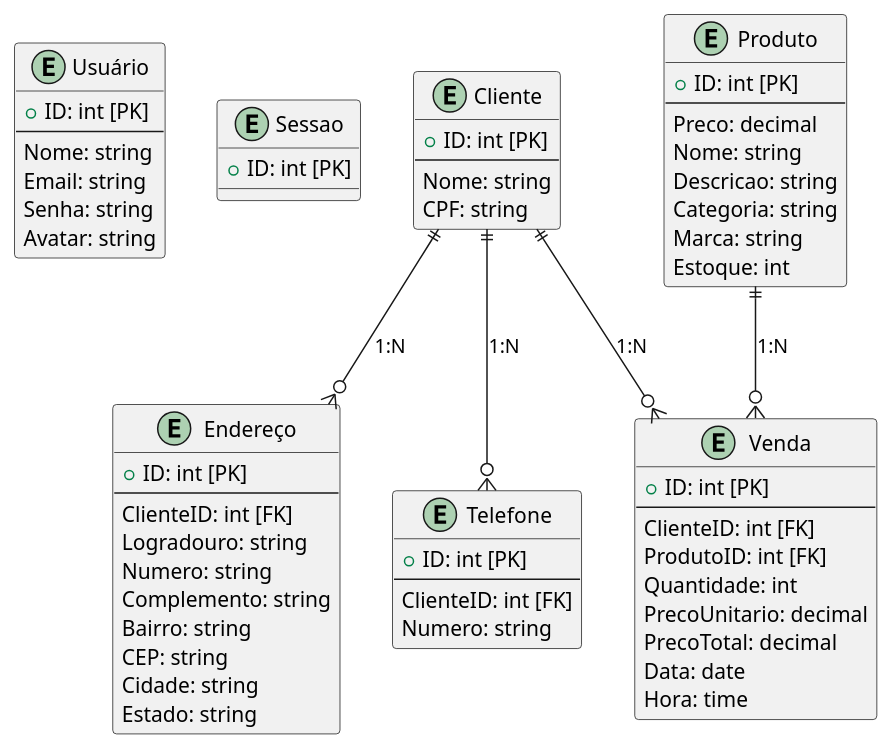
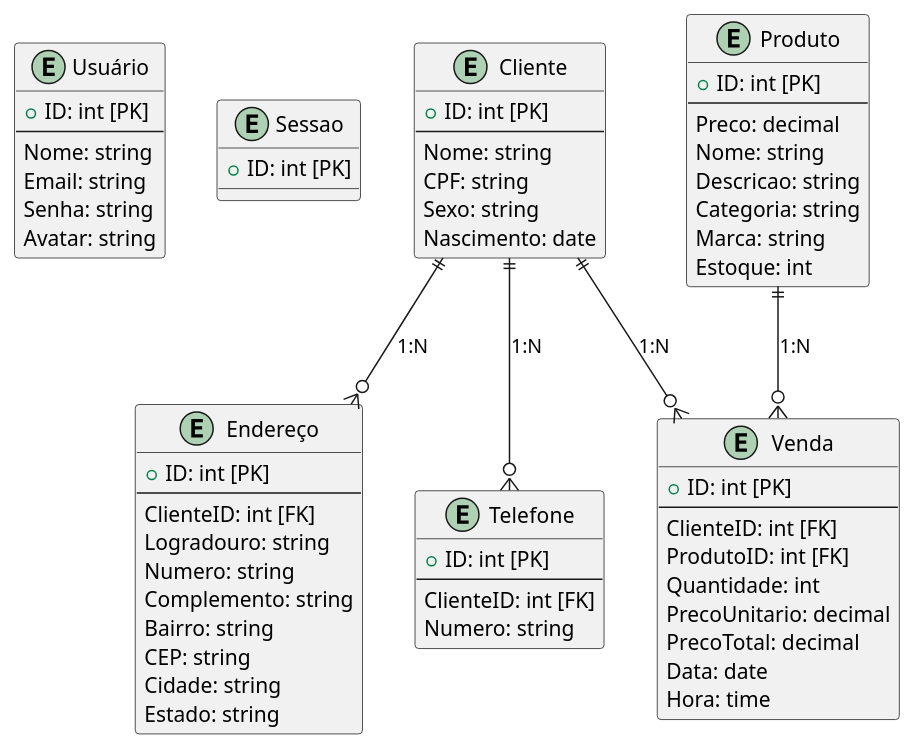
One commit to andreresende36/comercial-api changed the diagram in ER-diagram.plantuml. Above: the diagram before and after it, drawn with PlantUML. The commit also changed 5 other files, not shown here.

```diff
--- a/ER-diagram.plantuml
+++ b/ER-diagram.plantuml
@@ -1,70 +1,72 @@
 @startuml
 entity "Usuário" as Usuario {
   +ID: int [PK]
   --
   Nome: string
   Email: string
   Senha: string
   Avatar: string
 }
 
 entity "Sessao" as Sessao {
   +ID: int [PK]
 }
 
 entity "Cliente" as Cliente {
   +ID: int [PK]
   --
   Nome: string
   CPF: string
+  Sexo: string
+  Nascimento: date
 }
 
 entity "Endereço" as Endereco {
   +ID: int [PK]
   --
   ClienteID: int [FK]
   Logradouro: string
   Numero: string
   Complemento: string
   Bairro: string
   CEP: string
   Cidade: string
   Estado: string
 }
 
 entity "Telefone" as Telefone {
   +ID: int [PK]
   --
   ClienteID: int [FK]
   Numero: string
 }
 
 entity "Produto" as Produto {
   +ID: int [PK]
   --
   Preco: decimal
   Nome: string
   Descricao: string
   Categoria: string
   Marca: string
   Estoque: int
 }
 
 entity "Venda" as Venda {
   +ID: int [PK]
   --
   ClienteID: int [FK]
   ProdutoID: int [FK]
   Quantidade: int
   PrecoUnitario: decimal
   PrecoTotal: decimal
   Data: date
   Hora: time
 }
 
 ' Cardinality
 Cliente ||--o{ Endereco: "1:N"
 Cliente ||--o{ Telefone: "1:N"
 Cliente ||--o{ Venda: "1:N"
 Produto ||--o{ Venda: "1:N"
 @enduml
```
